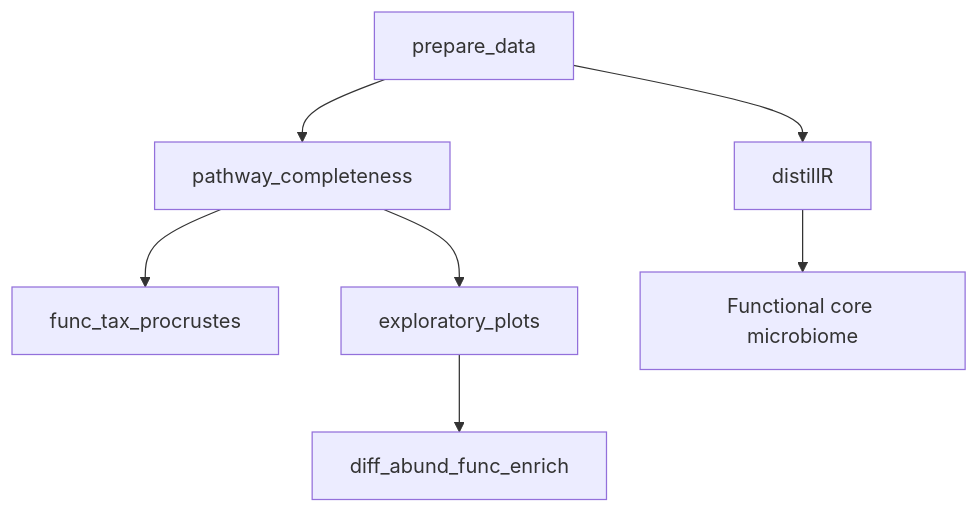
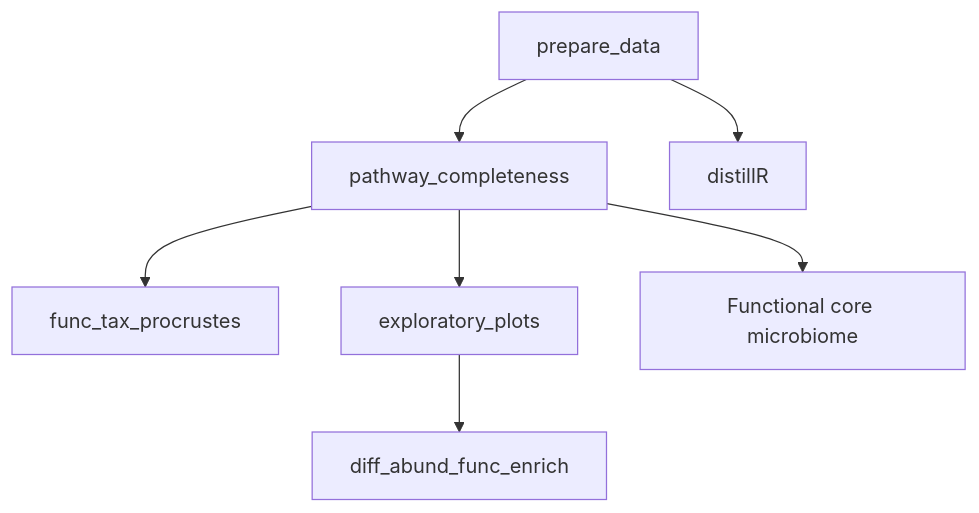
Before and after one commit to markella-moraitou/mammal_oral_microbiome_stats: the second of 3 diagrams in README.md, drawn with Mermaid. The commit also changed other lines of this file and 1 other file, not shown here.

Commit message:
Get info on metabolism of codiversifying clades

````diff
--- a/README.md
+++ b/README.md
@@ -19,9 +19,9 @@
 ```mermaid
 flowchart TD;
     A[prepare_data]-->B[pathway_completeness];
     A-->D[distillR];
     B-->C[func_tax_procrustes];
     B-->E[exploratory_plots];
-    D-->F[Functional core microbiome];
+    B-->F[Functional core microbiome];
     E-->G[diff_abund_func_enrich]
 ```
````
